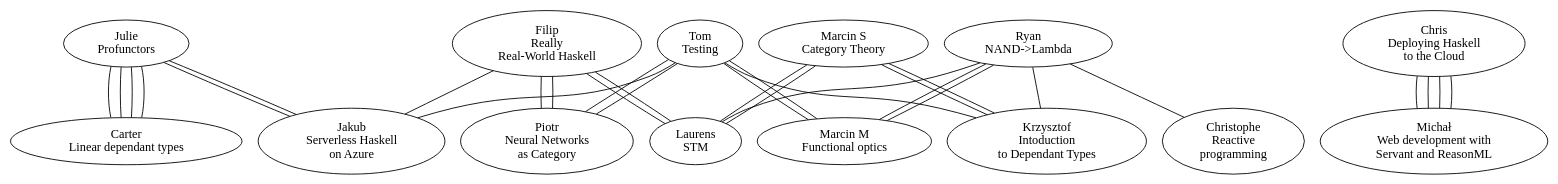
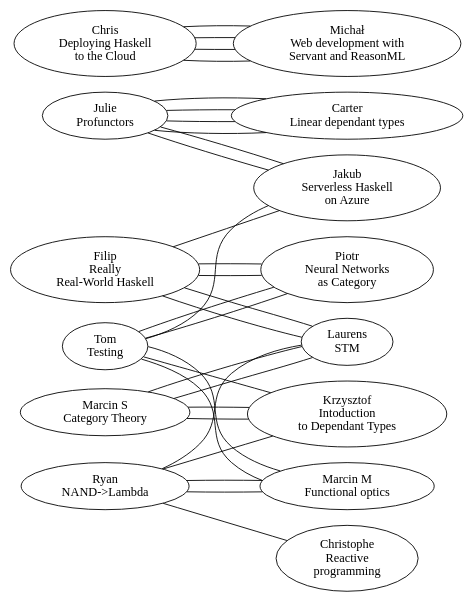
The diagram in schedule-clashes.gv (leonschoorl/monadic-party), drawn with Graphviz before and after one commit. The commit also changed 1 other file, not shown here.

```diff
--- a/schedule-clashes.gv
+++ b/schedule-clashes.gv
@@ -1,60 +1,61 @@
 graph scheduleClashes {
 	// Monday
 	Julie   -- Carter;
 	Julie   -- Carter;
 	MarcinS -- Laurens;
 	MarcinS -- Laurens;
 	Ryan    -- Laurens;
 	Ryan    -- Christophe;
 
 	// Tuesday
 	MarcinS -- Krzysztof;
 	MarcinS -- Krzysztof;
 	Ryan    -- MarcinM;
 	Ryan    -- MarcinM;
 	Julie   -- Carter;
 	Julie   -- Carter;
 
 	// Wednesday
 	Filip   -- Laurens;
 	Filip   -- Laurens;
 	Filip   -- Jakub;
 	Tom     -- Jakub;
 	Tom     -- Krzysztof;
 	Ryan    -- Krzysztof;
 
 	// Thursday
 	Tom     -- Piotr;
 	Tom     -- Piotr;
 	Julie   -- Jakub;
 	Julie   -- Jakub;
 	Chris   -- Michał;
 	Chris   -- Michał;
 
 	// Friday
 	Tom     -- MarcinM;
 	Tom     -- MarcinM;
 	Chris   -- Michał;
 	Chris   -- Michał;
 	Filip   -- Piotr;
 	Filip   -- Piotr;
 
 	// beginners track
 	Julie[label="Julie\nProfunctors"];
 	MarcinS[label="Marcin S\nCategory Theory"];
 	Ryan[label="Ryan\nNAND->Lambda"];
 	Filip[label="Filip\nReally\nReal-World Haskell"];
 	Tom[label="Tom\nTesting"];
 	Chris[label="Chris\nDeploying Haskell\nto the Cloud"];
 
 	// advanced track
 	Carter[label="Carter\nLinear dependant types"];
 	Laurens[label="Laurens\nSTM"];
 	Christophe[label="Christophe\nReactive\nprogramming"];
 	Krzysztof[label="Krzysztof\nIntoduction\nto Dependant Types"];
 	MarcinM[label="Marcin M\nFunctional optics"];
 	Jakub[label="Jakub\nServerless Haskell\non Azure"];
 	Piotr[label="Piotr\nNeural Networks\nas Category"];
 	Michał[label="Michał\nWeb development with\nServant and ReasonML"];
 
+	rankdir="LR";
 }
```
